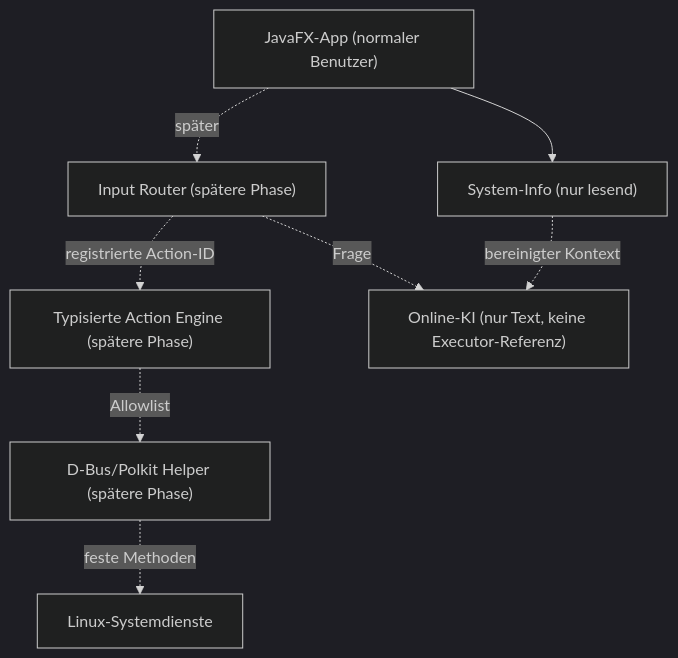
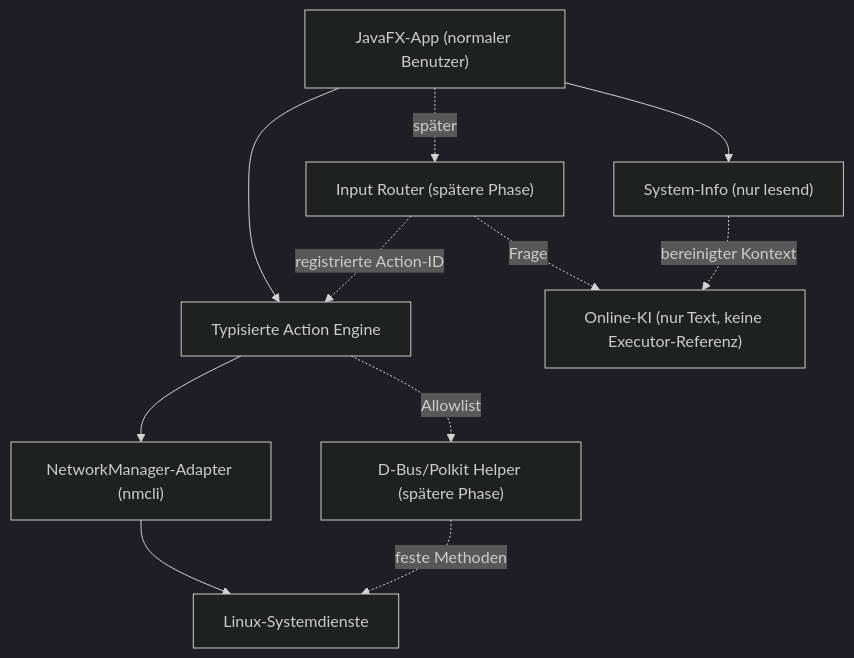
The diagram in docs/architecture.md (rimi1993elsa-cloud/CACHYOSDING), drawn with Mermaid (dark theme) before and after one commit. The commit also changed other lines of this file and 32 other files, not shown here.

Commit message:
feat: add network manager

````diff
--- a/docs/architecture.md
+++ b/docs/architecture.md
@@ -9,18 +9,22 @@
 ```mermaid
 flowchart TB
     UI["JavaFX-App (normaler Benutzer)"]
     INFO["System-Info (nur lesend)"]
     ROUTER["Input Router (spätere Phase)"]
-    ACTION["Typisierte Action Engine (spätere Phase)"]
+    ACTION["Typisierte Action Engine"]
+    NETWORK["NetworkManager-Adapter (nmcli)"]
     HELPER["D-Bus/Polkit Helper (spätere Phase)"]
     AI["Online-KI (nur Text, keine Executor-Referenz)"]
     OS["Linux-Systemdienste"]
 
     UI --> INFO
+    UI --> ACTION
+    ACTION --> NETWORK
+    NETWORK --> OS
     UI -. später .-> ROUTER
     ROUTER -. registrierte Action-ID .-> ACTION
     ROUTER -. Frage .-> AI
     ACTION -. Allowlist .-> HELPER
     HELPER -. feste Methoden .-> OS
     INFO -. bereinigter Kontext .-> AI
 ```
````
